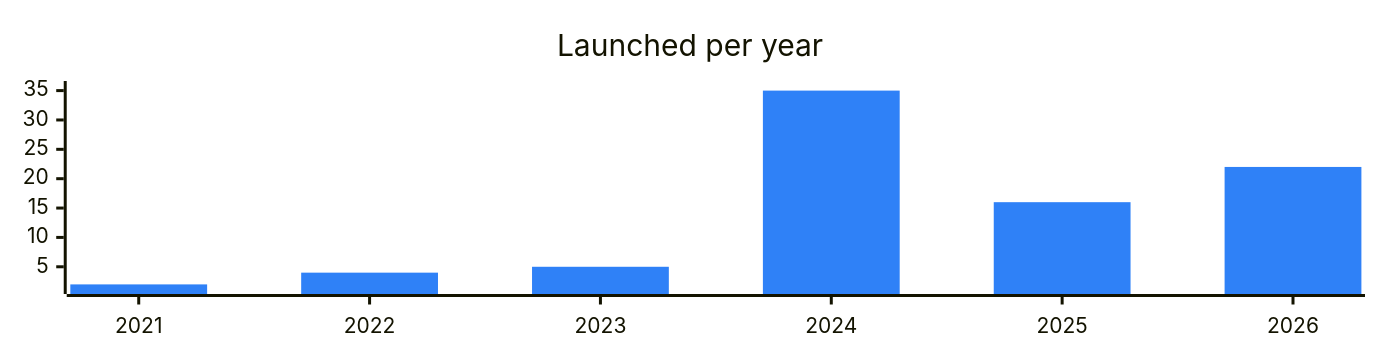
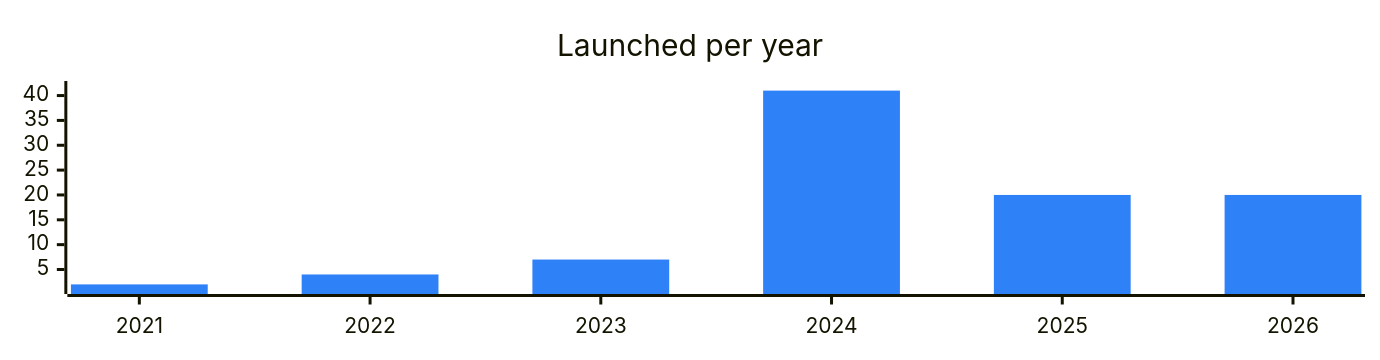
One commit to vitalikgpt/gram-ecosystem changed the diagram in categories/trading.md. Above: the diagram before and after it, drawn with Mermaid. The commit also changed other lines of this file and 71 other files, not shown here.

````diff
--- a/categories/trading.md
+++ b/categories/trading.md
@@ -7,7 +7,7 @@
 ```mermaid
 %%{init: {"xyChart": {"width": 900, "height": 220}, "themeVariables": {"xyChart": {"plotColorPalette": "#2f81f7"}}}}%%
 xychart-beta
   title "Launched per year"
   x-axis ["2021", "2022", "2023", "2024", "2025", "2026"]
-  bar [2, 4, 5, 35, 16, 22]
+  bar [2, 4, 7, 41, 20, 20]
 ```
````
